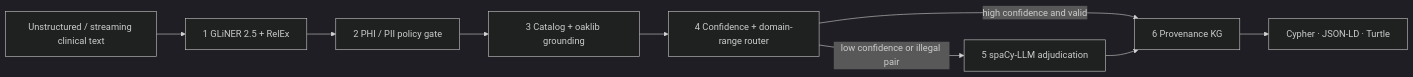
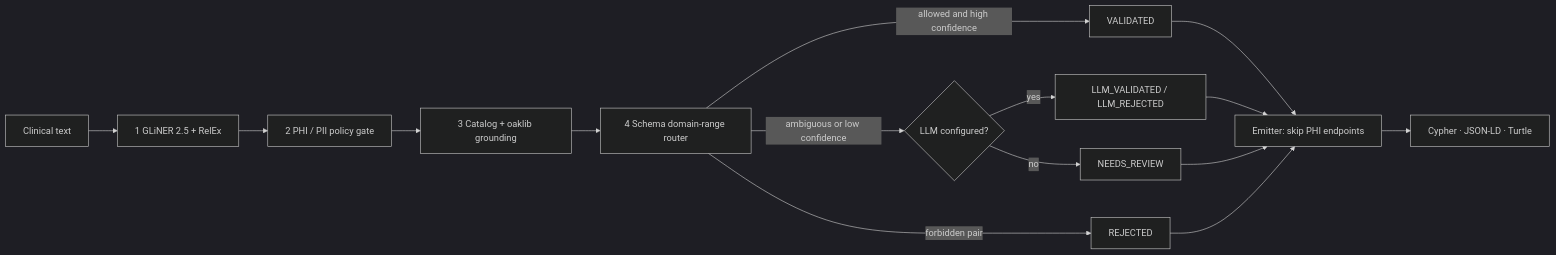
The first of 2 diagrams in README.md (YPCC/clinical-gliner-kg), drawn with Mermaid (dark theme) before and after one commit. The commit also changed other lines of this file and 16 other files, not shown here.

Commit message:
C4 context/container/system diagrams; fix false-confidence adjudication, PHI, RelEx spans

````diff
--- a/README.md
+++ b/README.md
@@ -31,11 +31,17 @@
 ```mermaid
 flowchart LR
-  A[Unstructured / streaming clinical text] --> B[1 GLiNER 2.5 + RelEx]
+  A[Clinical text] --> B[1 GLiNER 2.5 + RelEx]
   B --> C[2 PHI / PII policy gate]
   C --> D[3 Catalog + oaklib grounding]
-  D --> E[4 Confidence + domain-range router]
-  E -->|high confidence and valid| G[6 Provenance KG]
-  E -->|low confidence or illegal pair| F[5 spaCy-LLM adjudication]
-  F --> G
-  G --> H[Cypher · JSON-LD · Turtle]
+  D --> E[4 Schema domain-range router]
+  E -->|allowed and high confidence| G[VALIDATED]
+  E -->|forbidden pair| R[REJECTED]
+  E -->|ambiguous or low confidence| F{LLM configured?}
+  F -->|yes| L[LLM_VALIDATED / LLM_REJECTED]
+  F -->|no| N[NEEDS_REVIEW]
+  G --> K[Emitter: skip PHI endpoints]
+  L --> K
+  N --> K
+  R --> K
+  K --> H[Cypher · JSON-LD · Turtle]
 ```
````
